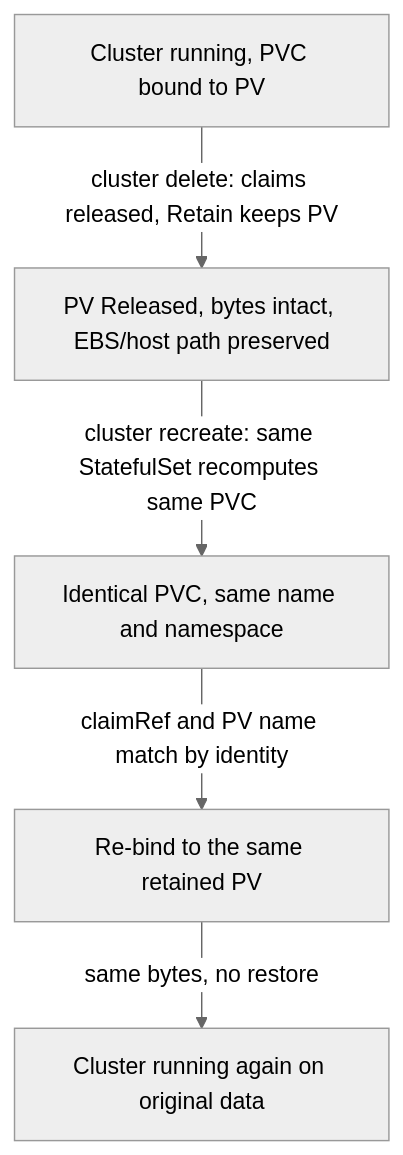
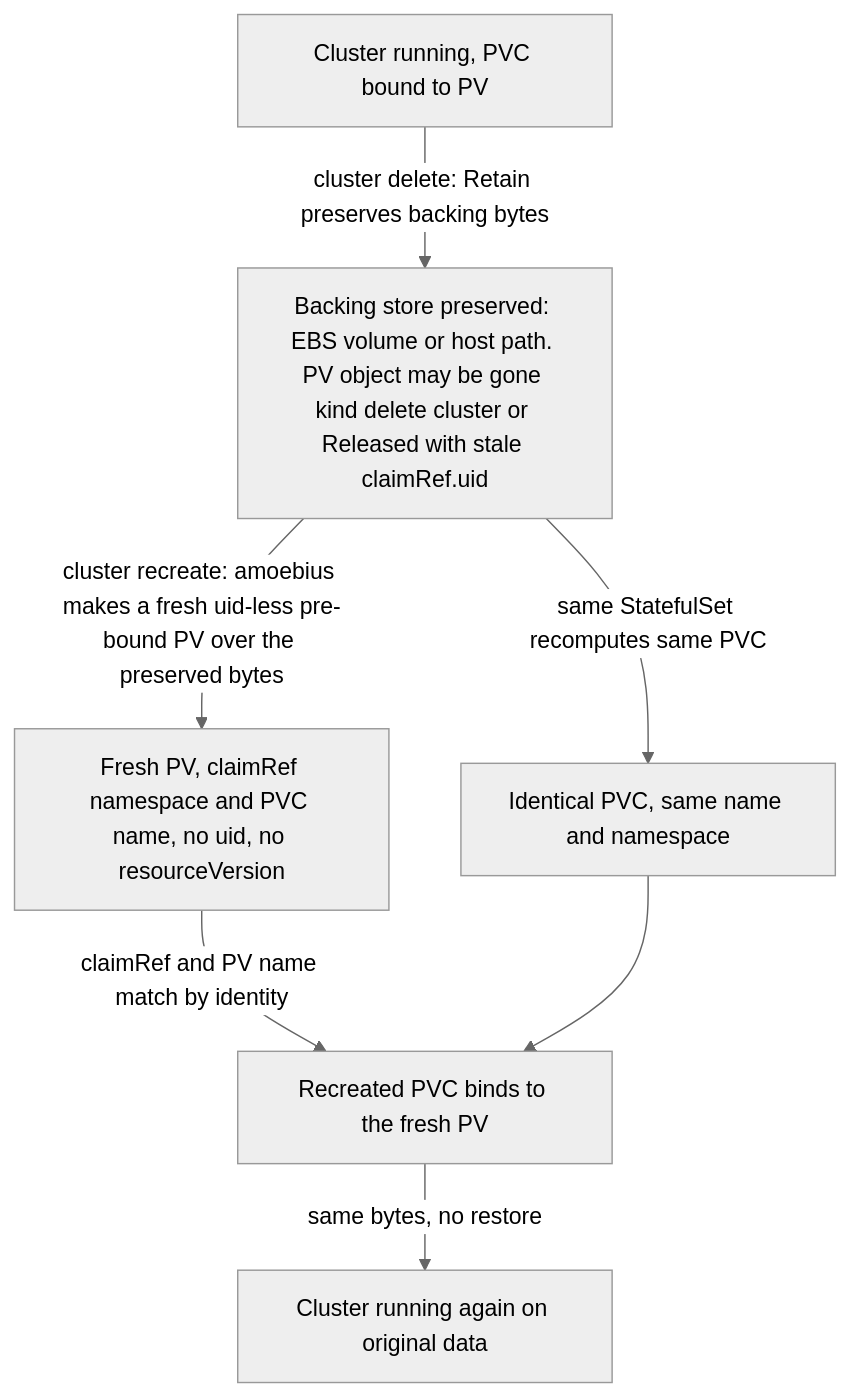
One commit to Tuee22/amoebius changed the second of 2 diagrams in documents/engineering/storage_lifecycle_doctrine.md. Above: the diagram before and after it, drawn with Mermaid (neutral theme). The commit also changed other lines of this file and 97 other files, not shown here.

````diff
--- a/documents/engineering/storage_lifecycle_doctrine.md
+++ b/documents/engineering/storage_lifecycle_doctrine.md
@@ -203,7 +215,9 @@
 ```mermaid
 flowchart TD
-  run1[Cluster running, PVC bound to PV] -->|cluster delete: claims released, Retain keeps PV| retained[PV Released, bytes intact, EBS/host path preserved]
-  retained -->|cluster recreate: same StatefulSet recomputes same PVC| pvc2[Identical PVC, same name and namespace]
-  pvc2 -->|claimRef and PV name match by identity| rebind[Re-bind to the same retained PV]
+  run1[Cluster running, PVC bound to PV] -->|cluster delete: Retain preserves backing bytes| retained[Backing store preserved: EBS volume or host path. PV object may be gone kind delete cluster or Released with stale claimRef.uid]
+  retained -->|cluster recreate: amoebius makes a fresh uid-less pre-bound PV over the preserved bytes| freshpv[Fresh PV, claimRef namespace and PVC name, no uid, no resourceVersion]
+  retained -->|same StatefulSet recomputes same PVC| pvc2[Identical PVC, same name and namespace]
+  freshpv -->|claimRef and PV name match by identity| rebind[Recreated PVC binds to the fresh PV]
+  pvc2 --> rebind
   rebind -->|same bytes, no restore| run2[Cluster running again on original data]
 ```
````
